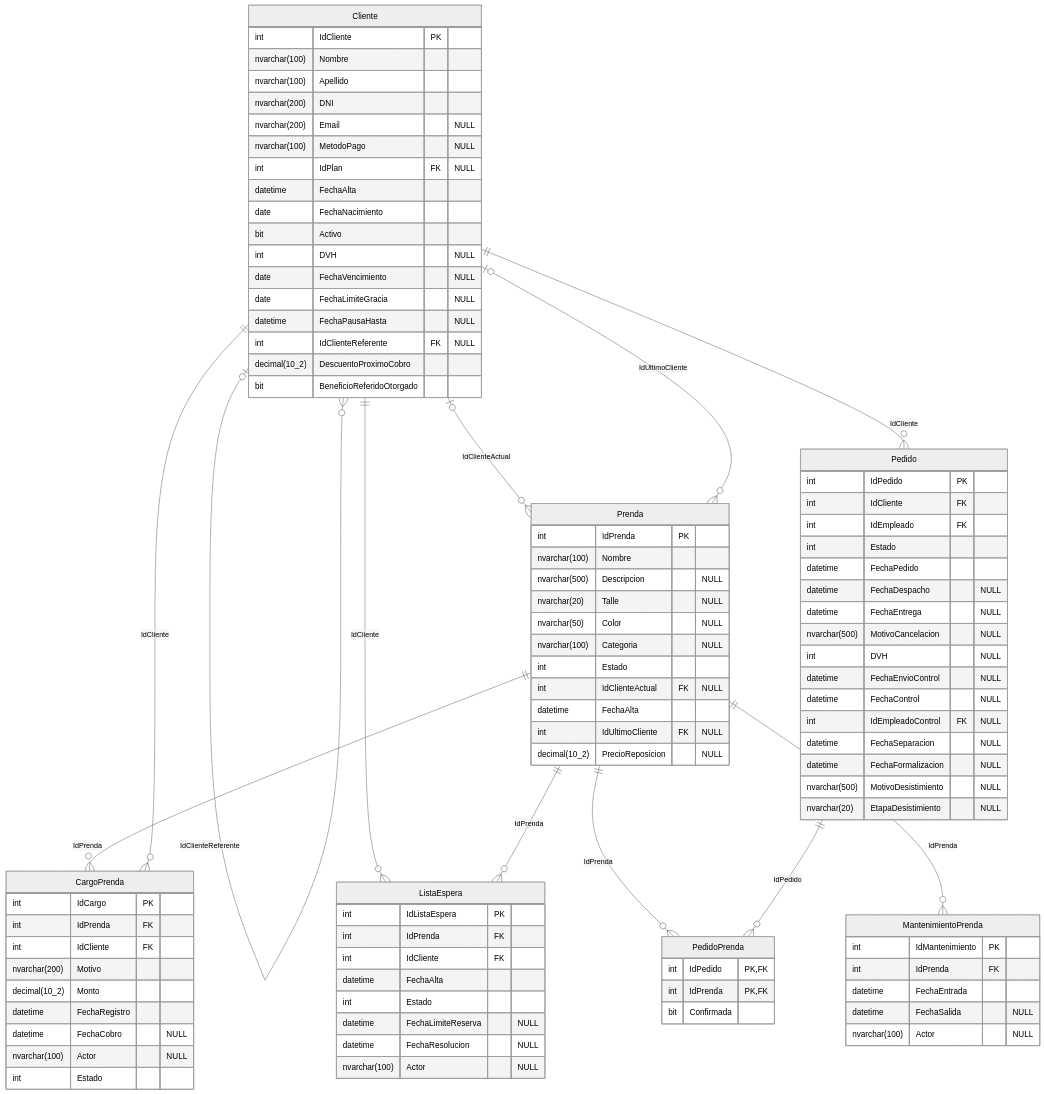
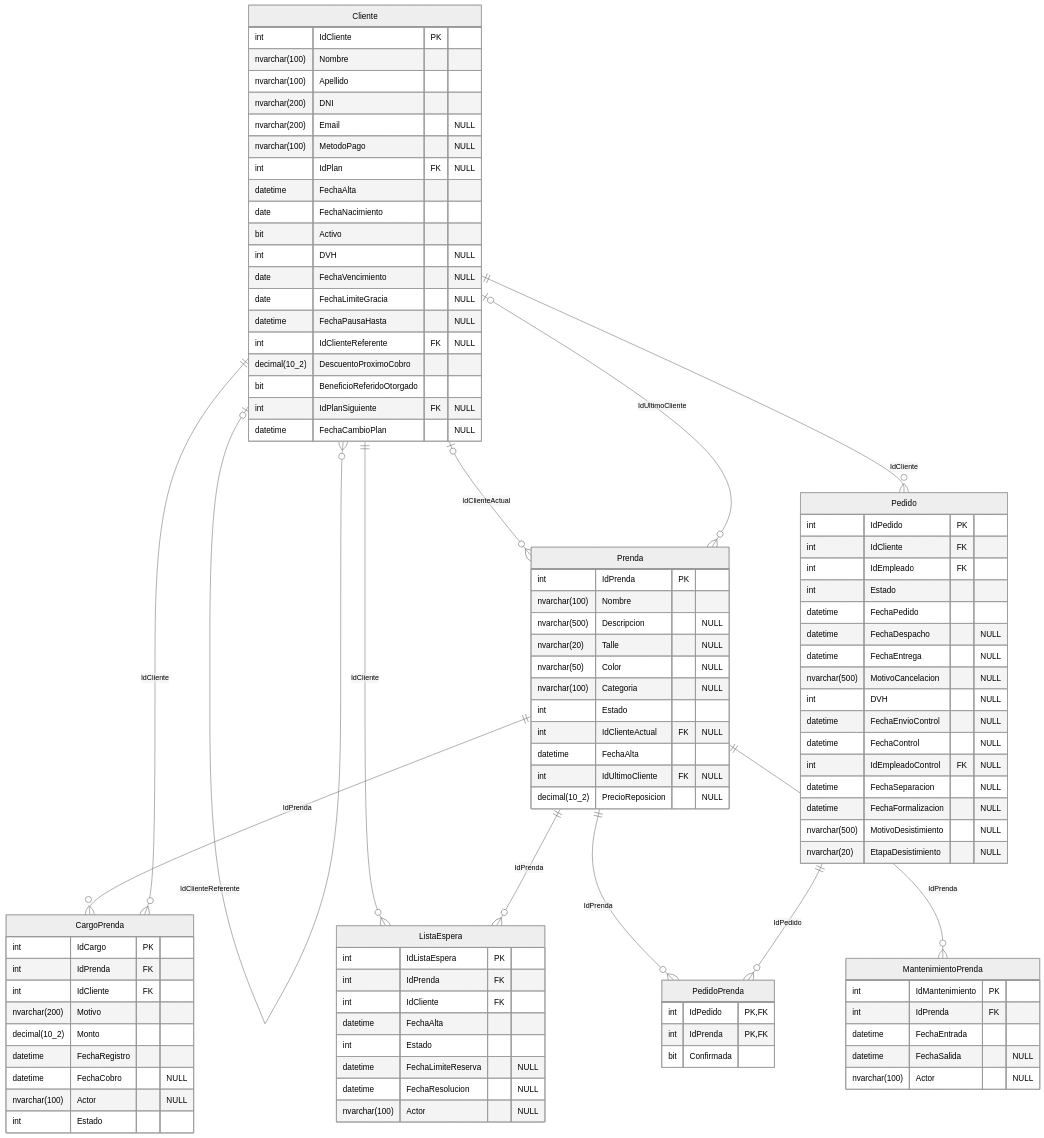
Before and after one commit to valentinamorana/Trabajo-de-Diploma: the diagram in docs/diagramas/mermaid/DER_pn04_devolucion.mmd, drawn with Mermaid (neutral theme). The commit also changed 75 other files, not shown here.

First line of the commit message:
PN02: el cambio a un plan igual o mas barato con el periodo vigente queda programado y rige al vencer (nodo a11)

```diff
--- a/docs/diagramas/mermaid/DER_pn04_devolucion.mmd
+++ b/docs/diagramas/mermaid/DER_pn04_devolucion.mmd
@@ -1,95 +1,97 @@
 erDiagram
   Prenda ||--o{ CargoPrenda : "IdPrenda"
   Cliente ||--o{ CargoPrenda : "IdCliente"
   Cliente |o--o{ Cliente : "IdClienteReferente"
   Cliente ||--o{ ListaEspera : "IdCliente"
   Prenda ||--o{ ListaEspera : "IdPrenda"
   Prenda ||--o{ MantenimientoPrenda : "IdPrenda"
   Cliente ||--o{ Pedido : "IdCliente"
   Prenda ||--o{ PedidoPrenda : "IdPrenda"
   Pedido ||--o{ PedidoPrenda : "IdPedido"
   Cliente |o--o{ Prenda : "IdClienteActual"
   Cliente |o--o{ Prenda : "IdUltimoCliente"
   Cliente {
     int IdCliente PK
     nvarchar(100) Nombre
     nvarchar(100) Apellido
     nvarchar(200) DNI
     nvarchar(200) Email "NULL"
     nvarchar(100) MetodoPago "NULL"
     int IdPlan FK "NULL"
     datetime FechaAlta
     date FechaNacimiento
     bit Activo
     int DVH "NULL"
     date FechaVencimiento "NULL"
     date FechaLimiteGracia "NULL"
     datetime FechaPausaHasta "NULL"
     int IdClienteReferente FK "NULL"
     decimal(10_2) DescuentoProximoCobro
     bit BeneficioReferidoOtorgado
+    int IdPlanSiguiente FK "NULL"
+    datetime FechaCambioPlan "NULL"
   }
   Pedido {
     int IdPedido PK
     int IdCliente FK
     int IdEmpleado FK
     int Estado
     datetime FechaPedido
     datetime FechaDespacho "NULL"
     datetime FechaEntrega "NULL"
     nvarchar(500) MotivoCancelacion "NULL"
     int DVH "NULL"
     datetime FechaEnvioControl "NULL"
     datetime FechaControl "NULL"
     int IdEmpleadoControl FK "NULL"
     datetime FechaSeparacion "NULL"
     datetime FechaFormalizacion "NULL"
     nvarchar(500) MotivoDesistimiento "NULL"
     nvarchar(20) EtapaDesistimiento "NULL"
   }
   PedidoPrenda {
     int IdPedido PK,FK
     int IdPrenda PK,FK
     bit Confirmada
   }
   Prenda {
     int IdPrenda PK
     nvarchar(100) Nombre
     nvarchar(500) Descripcion "NULL"
     nvarchar(20) Talle "NULL"
     nvarchar(50) Color "NULL"
     nvarchar(100) Categoria "NULL"
     int Estado
     int IdClienteActual FK "NULL"
     datetime FechaAlta
     int IdUltimoCliente FK "NULL"
     decimal(10_2) PrecioReposicion "NULL"
   }
   MantenimientoPrenda {
     int IdMantenimiento PK
     int IdPrenda FK
     datetime FechaEntrada
     datetime FechaSalida "NULL"
     nvarchar(100) Actor "NULL"
   }
   CargoPrenda {
     int IdCargo PK
     int IdPrenda FK
     int IdCliente FK
     nvarchar(200) Motivo
     decimal(10_2) Monto
     datetime FechaRegistro
     datetime FechaCobro "NULL"
     nvarchar(100) Actor "NULL"
     int Estado
   }
   ListaEspera {
     int IdListaEspera PK
     int IdPrenda FK
     int IdCliente FK
     datetime FechaAlta
     int Estado
     datetime FechaLimiteReserva "NULL"
     datetime FechaResolucion "NULL"
     nvarchar(100) Actor "NULL"
   }
```
